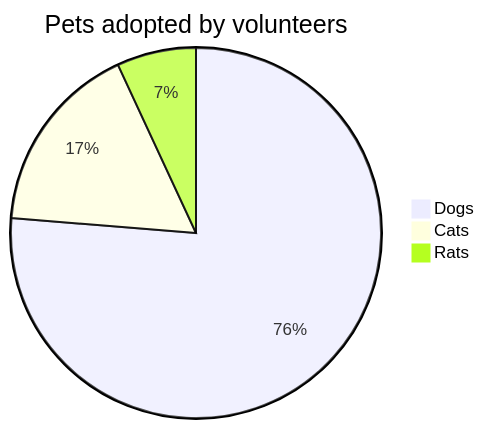
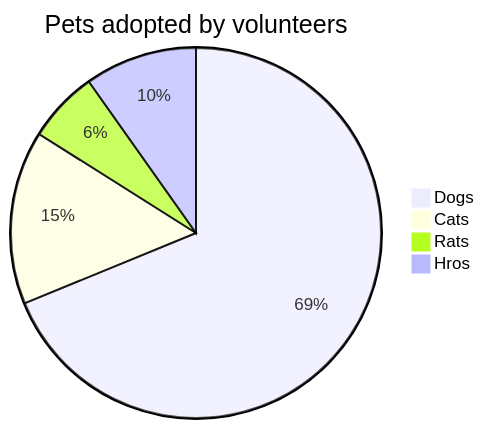
Before and after one commit to giellalt/lang-zxx: the third of 4 diagrams in docs/Test.md, drawn with Mermaid. The commit also changed other lines of this file, not shown here.

````diff
--- a/docs/Test.md
+++ b/docs/Test.md
@@ -23,7 +25,8 @@
 ```mermaid
 pie
   title Pets adopted by volunteers
   "Dogs" : 386
   "Cats" : 85
   "Rats" : 35
+  "Hros" : 55
 ```
````
